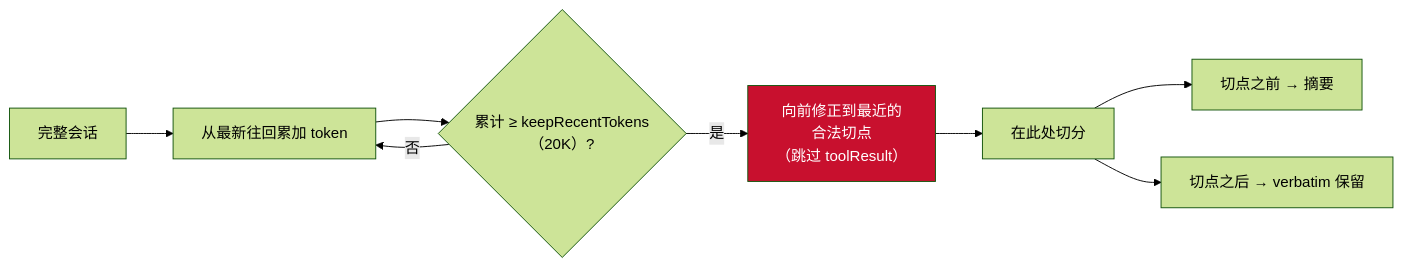
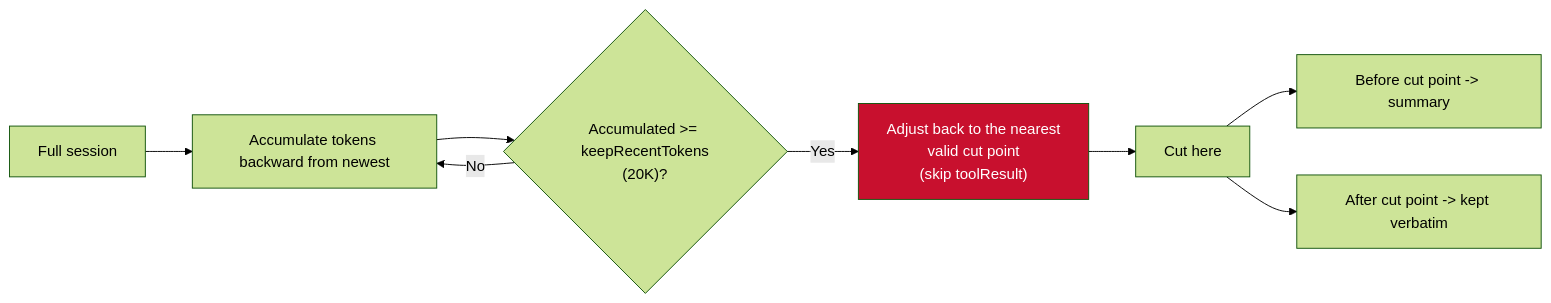
One commit to holny/Agent-Harness-Develop-Book changed diagram 13 of 46 in README.md. Above: the diagram before and after it, drawn with Mermaid (forest theme). The commit also changed other lines of this file and 66 other files, not shown here.

Commit message:
Add English edition (default) with Chinese version, redraw 8 interactive diagrams in English, translate mermaid/ASCII diagrams and code comments

````diff
--- a/README.md
+++ b/README.md
@@ -2584,12 +2639,12 @@
 ```mermaid
 flowchart LR
-    MSG["完整会话"] --> SCAN["从最新往回累加 token"]
-    SCAN --> CHK{"累计 ≥ keepRecentTokens<br/>（20K）?"}
-    CHK -- 否 --> SCAN
-    CHK -- 是 --> FIX["向前修正到最近的<br/>合法切点<br/>（跳过 toolResult）"]
-    FIX --> CUT["在此处切分"]
-    CUT --> OLD["切点之前 → 摘要"]
-    CUT --> NEW["切点之后 → verbatim 保留"]
+    MSG["Full session"] --> SCAN["Accumulate tokens backward from newest"]
+    SCAN --> CHK{"Accumulated >= keepRecentTokens<br/>(20K)?"}
+    CHK -- No --> SCAN
+    CHK -- Yes --> FIX["Adjust back to the nearest<br/>valid cut point<br/>(skip toolResult)"]
+    FIX --> CUT["Cut here"]
+    CUT --> OLD["Before cut point -> summary"]
+    CUT --> NEW["After cut point -> kept verbatim"]
 
     style FIX fill:#C8102E,color:#fff
 ```
````
